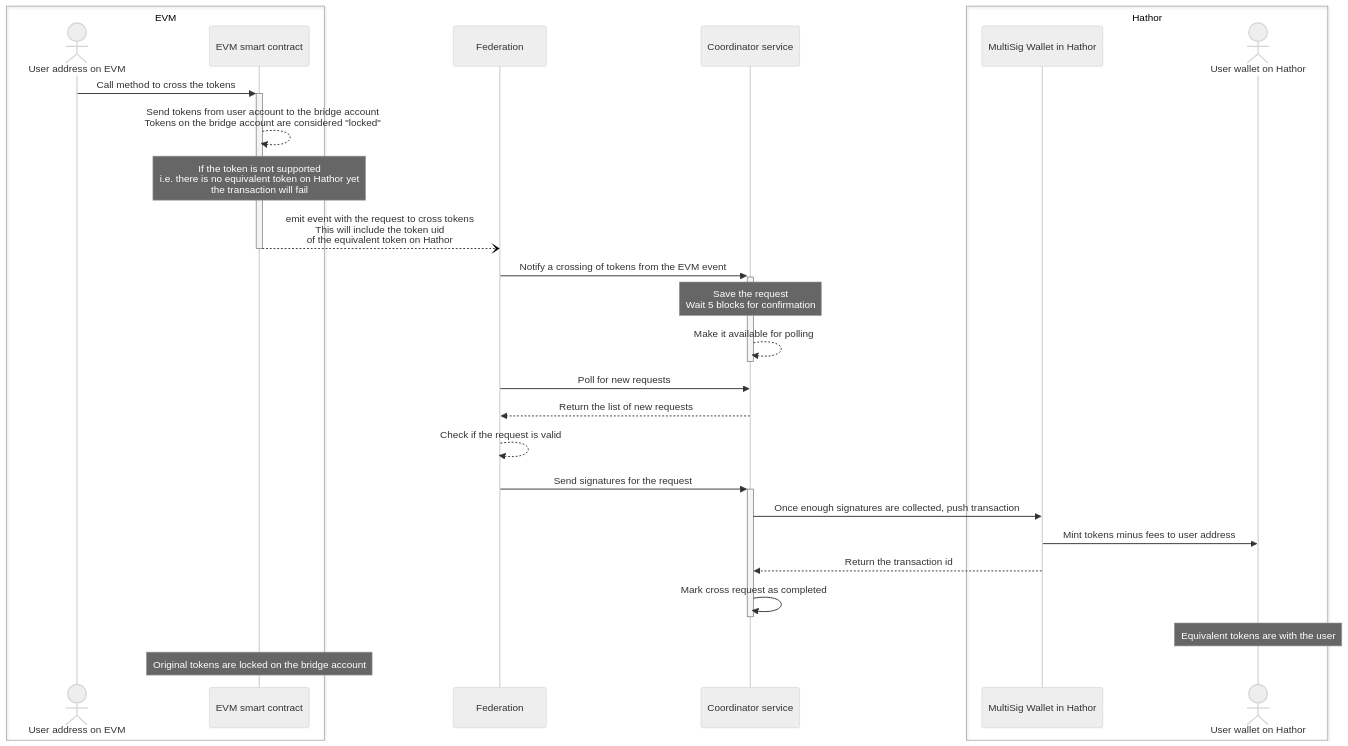
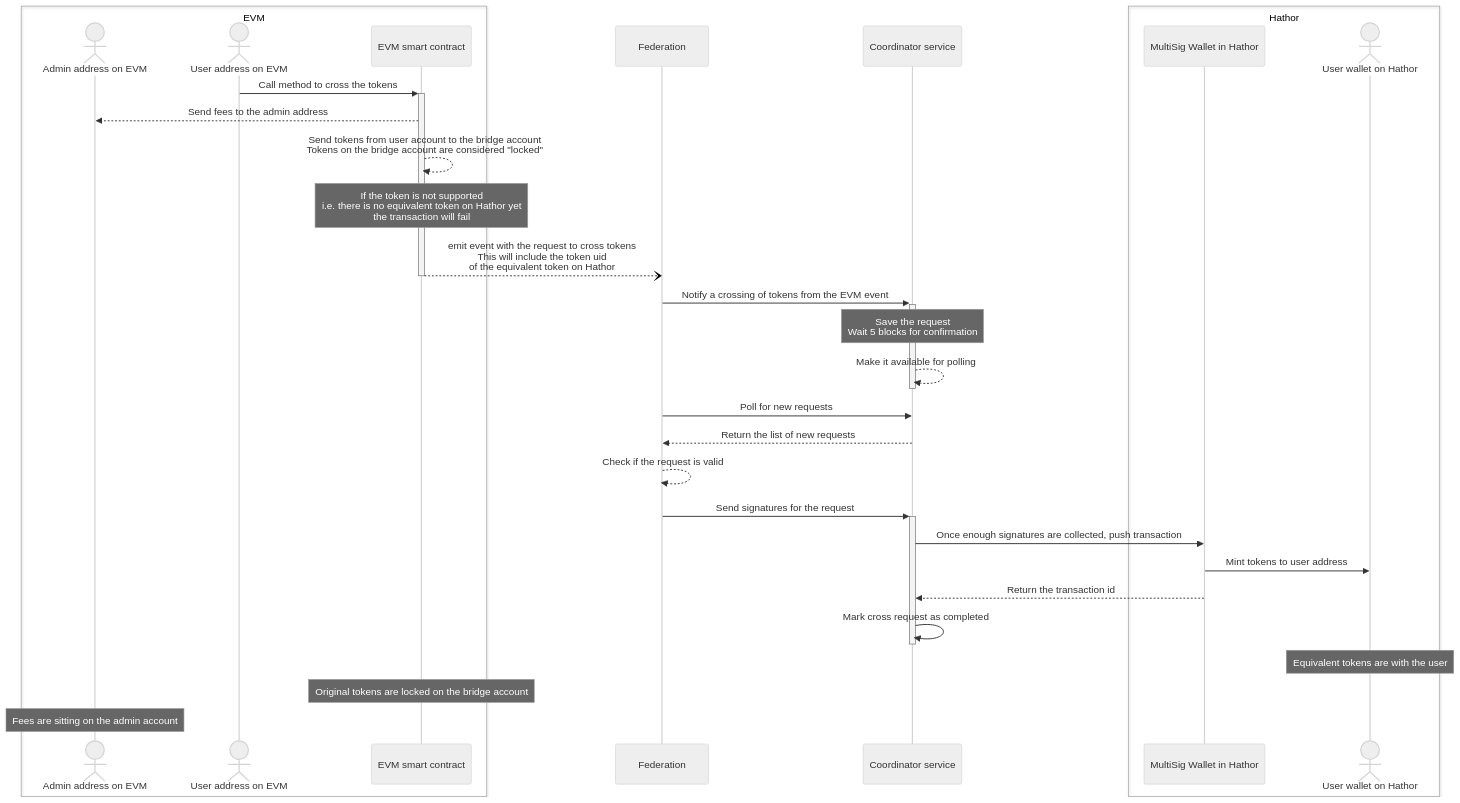
One commit to HathorNetwork/rfcs changed the fourth of 6 diagrams in projects/evm-compatible-bridge/design.md. Above: the diagram before and after it, drawn with Mermaid (neutral theme). The commit also changed other lines of this file and 1 other file, not shown here.

````diff
--- a/projects/evm-compatible-bridge/design.md
+++ b/projects/evm-compatible-bridge/design.md
@@ -169,32 +172,35 @@
 ```mermaid
 sequenceDiagram
   box EVM
+  actor admin as Admin address on EVM
   actor userE as User address on EVM
   participant evm as EVM smart contract
   end
   participant fed as Federation
   participant cood as Coordinator service
   box Hathor
   participant ms as MultiSig Wallet in Hathor
   actor userH as User wallet on Hathor
   end
   
   userE->>+evm: Call method to cross the tokens
+  evm-->>admin: Send fees to the admin address
   evm-->>evm: Send tokens from user account to the bridge account<br/>Tokens on the bridge account are considered "locked"
   Note over evm: If the token is not supported<br/>i.e. there is no equivalent token on Hathor yet<br/>the transaction will fail
   evm--)-fed: emit event with the request to cross tokens<br/>This will include the token uid<br/>of the equivalent token on Hathor
   fed->>+cood: Notify a crossing of tokens from the EVM event
   Note over cood: Save the request<br/>Wait 5 blocks for confirmation
   cood-->>-cood: Make it available for polling
 
   fed->>cood: Poll for new requests
   cood-->>fed: Return the list of new requests
   fed-->>fed: Check if the request is valid
   fed->>+cood: Send signatures for the request
   cood->>ms: Once enough signatures are collected, push transaction
-  ms->>userH: Mint tokens minus fees to user address
+  ms->>userH: Mint tokens to user address
   ms-->>cood: Return the transaction id
   cood->>-cood: Mark cross request as completed
   Note over userH: Equivalent tokens are with the user
   Note over evm: Original tokens are locked on the bridge account
+  Note over admin: Fees are sitting on the admin account
 ```
````
